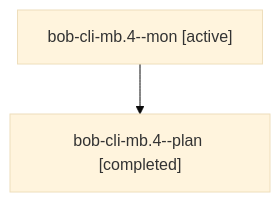
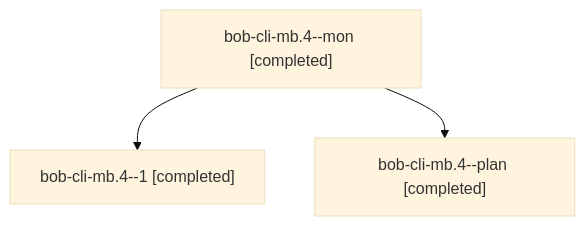
Before and after one commit to bobs-org/bob-cli--agents: the diagram in sessions/bbugyi200.athena.bob-cli-mb.4.md, drawn with Mermaid (base theme). The commit also changed other lines of this file and 53 other files, not shown here.

````diff
--- a/sessions/bbugyi200.athena.bob-cli-mb.4.md
+++ b/sessions/bbugyi200.athena.bob-cli-mb.4.md
@@ -9,6 +9,8 @@
 ```mermaid
 flowchart TD
-  n0["bob-cli-mb.4--mon [active]"]
-  n1["bob-cli-mb.4--plan [completed]"]
+  n0["bob-cli-mb.4--mon [completed]"]
+  n1["bob-cli-mb.4--1 [completed]"]
   n0 --> n1
+  n2["bob-cli-mb.4--plan [completed]"]
+  n0 --> n2
 ```
````
